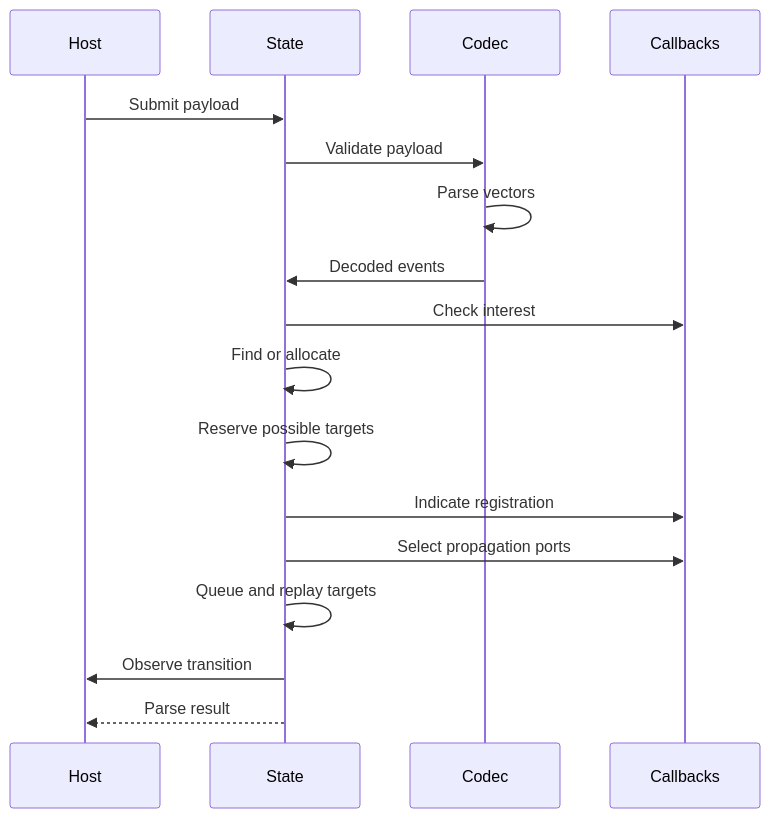
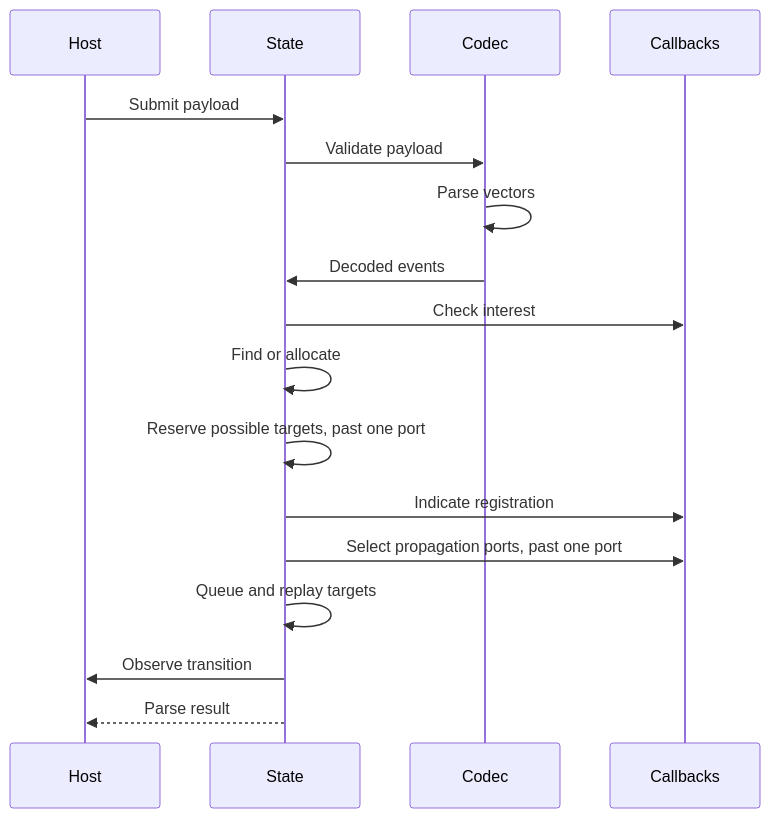
The third of 9 diagrams in doc/integrator.md (kebag-logic/lwSRP), drawn with Mermaid before and after one commit. The commit also changed other lines of this file and 23 other files, not shown here.

First line of the commit message:
Build options for an end station's MRP work: lookup buckets, timer wheel, merged and reversed Message builds, one-port MAP work, lean validation, rapid replacement, lean copies and lean tx!, every one off by default (#22)

```diff
--- a/doc/integrator.md
+++ b/doc/integrator.md
@@ -121,19 +171,19 @@
 ~~~mermaid
 sequenceDiagram
     participant Host
     participant Core as State
     participant Codec
     participant Policy as Callbacks
     Host->>Core: Submit payload
     Core->>Codec: Validate payload
     Codec->>Codec: Parse vectors
     Codec->>Core: Decoded events
     Core->>Policy: Check interest
     Core->>Core: Find or allocate
-    Core->>Core: Reserve possible targets
+    Core->>Core: Reserve possible targets, past one port
     Core->>Policy: Indicate registration
-    Core->>Policy: Select propagation ports
+    Core->>Policy: Select propagation ports, past one port
     Core->>Core: Queue and replay targets
     Core->>Host: Observe transition
     Core-->>Host: Parse result
 ~~~
```
